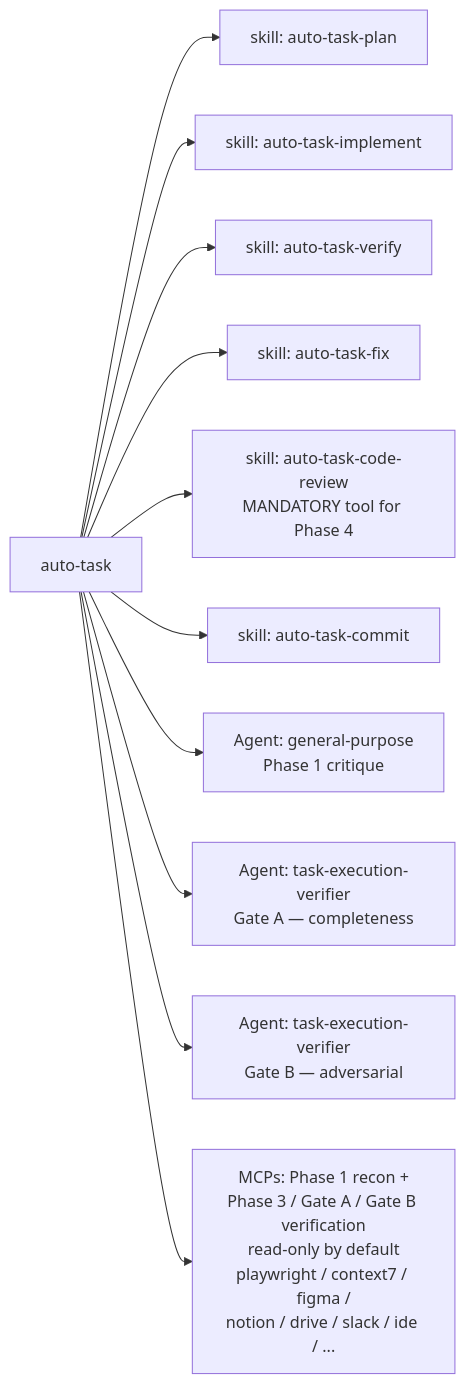
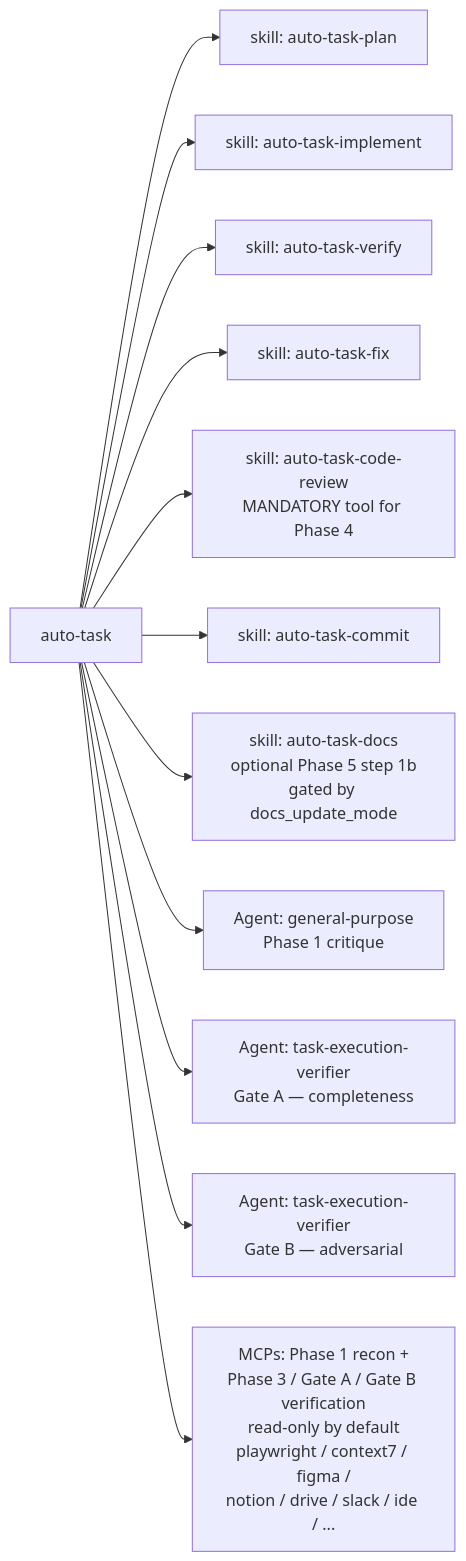
One commit to o8o0o8o/auto-task-plugin changed the second of 2 diagrams in skills/auto-task/ARCHITECTURE.md. Above: the diagram before and after it, drawn with Mermaid. The commit also changed other lines of this file and 8 other files, not shown here.

````diff
--- a/skills/auto-task/ARCHITECTURE.md
+++ b/skills/auto-task/ARCHITECTURE.md
@@ -181,13 +189,14 @@
 ```mermaid
 flowchart LR
     AT[auto-task] --> Plan[skill: auto-task-plan]
     AT --> Implement[skill: auto-task-implement]
     AT --> Verify[skill: auto-task-verify]
     AT --> Fix[skill: auto-task-fix]
     AT --> CR[skill: auto-task-code-review<br/>MANDATORY tool for Phase 4]
     AT --> Commit[skill: auto-task-commit]
+    AT --> Docs[skill: auto-task-docs<br/>optional Phase 5 step 1b<br/>gated by docs_update_mode]
     AT --> Critique[Agent: general-purpose<br/>Phase 1 critique]
     AT --> TEV_A[Agent: task-execution-verifier<br/>Gate A — completeness]
     AT --> TEV_B[Agent: task-execution-verifier<br/>Gate B — adversarial]
     AT --> MCPs[MCPs: Phase 1 recon +<br/>Phase 3 / Gate A / Gate B verification<br/>read-only by default<br/>playwright / context7 / figma /<br/>notion / drive / slack / ide / ...]
 ```
````
